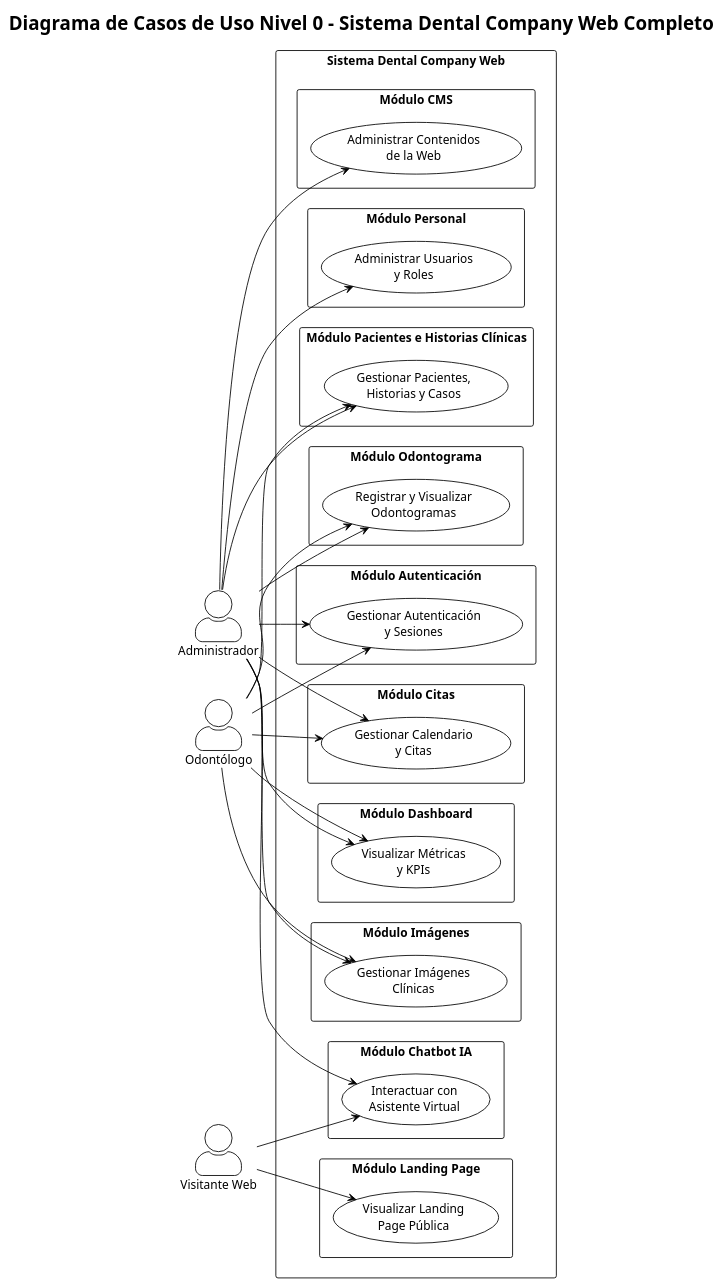
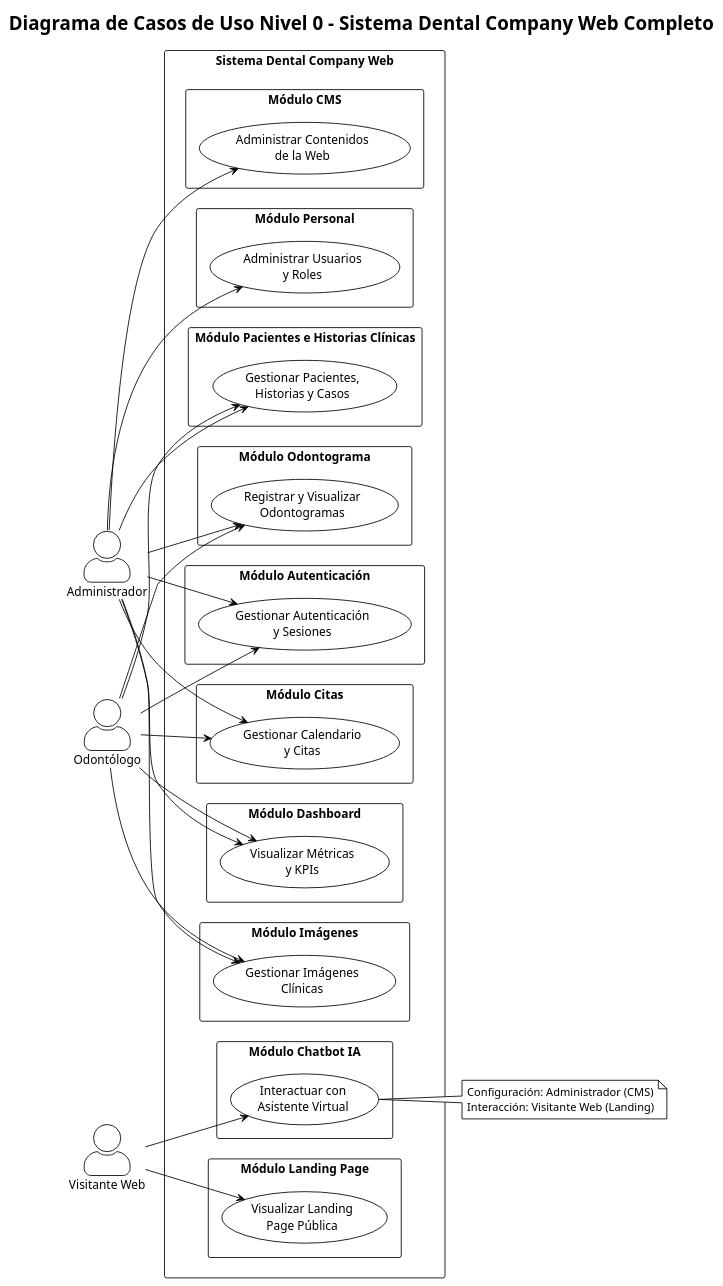
Before and after one commit to RDaniloMM/dental-company: the first of 12 diagrams in DIAGRAMAS_UML.md, drawn with PlantUML.

Commit message:
fix: eliminar relación del administrador con el chatbot y agregar notas aclaratorias en el diagrama de casos de uso

````diff
--- a/DIAGRAMAS_UML.md
+++ b/DIAGRAMAS_UML.md
@@ -98,7 +98,6 @@
 ' ========================================
 Admin --> UC_Auth
 Admin --> UC_CMS
-Admin --> UC_Chatbot
 Admin --> UC_Dashboard
 Admin --> UC_Personal
 Admin --> UC_Pacientes
@@ -106,5 +105,13 @@
 Admin --> UC_Citas
 Admin --> UC_Imagenes
 
+' ========================================
+' NOTAS ACLARATORIAS
+' ========================================
+note right of UC_Chatbot
+  Configuración: Administrador (CMS)
+  Interacción: Visitante Web (Landing)
+end note
+
 @enduml
 ```
````
